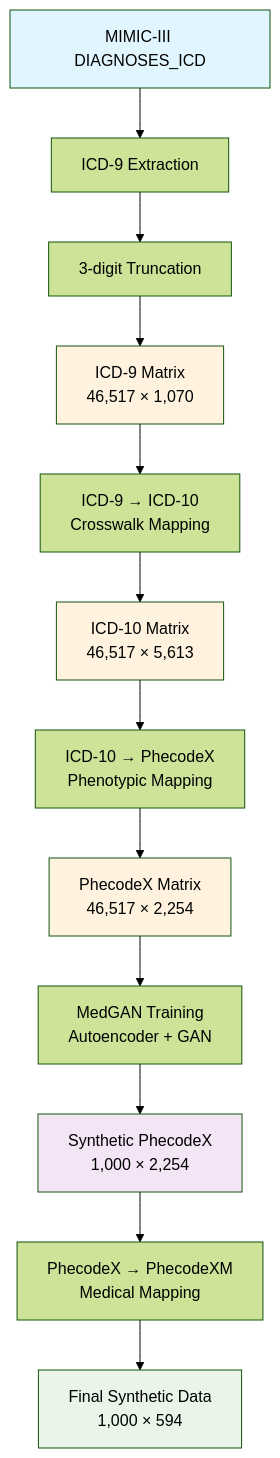
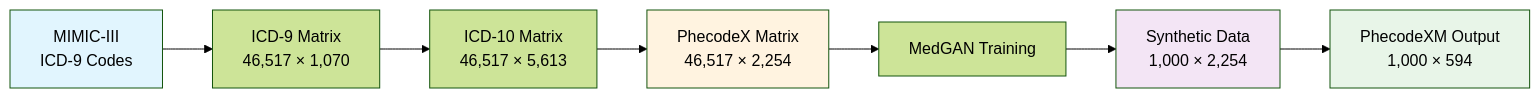
Before and after one commit to sunlabuiuc/PyHealth: the first of 2 diagrams in README_MedGAN.md, drawn with Mermaid (forest theme). The commit also changed other lines of this file, not shown here.

````diff
--- a/README_MedGAN.md
+++ b/README_MedGAN.md
@@ -51,25 +44,14 @@
 ```mermaid
-flowchart TD
-    A[MIMIC-III DIAGNOSES_ICD] --> B[ICD-9 Extraction]
-    B --> C[3-digit Truncation]
-    C --> D[ICD-9 Matrix<br/>46,517 × 1,070]
-    
-    D --> E[ICD-9 → ICD-10<br/>Crosswalk Mapping]
-    E --> F[ICD-10 Matrix<br/>46,517 × 5,613]
-    
-    F --> G[ICD-10 → PhecodeX<br/>Phenotypic Mapping]
-    G --> H[PhecodeX Matrix<br/>46,517 × 2,254]
-    
-    H --> I[MedGAN Training<br/>Autoencoder + GAN]
-    I --> J[Synthetic PhecodeX<br/>1,000 × 2,254]
-    
-    J --> K[PhecodeX → PhecodeXM<br/>Medical Mapping]
-    K --> L[Final Synthetic Data<br/>1,000 × 594]
+flowchart LR
+    A[MIMIC-III<br/>ICD-9 Codes] --> B[ICD-9 Matrix<br/>46,517 × 1,070]
+    B --> C[ICD-10 Matrix<br/>46,517 × 5,613]
+    C --> D[PhecodeX Matrix<br/>46,517 × 2,254]
+    D --> E[MedGAN Training]
+    E --> F[Synthetic Data<br/>1,000 × 2,254]
+    F --> G[PhecodeXM Output<br/>1,000 × 594]
     
     style A fill:#e1f5fe
     style D fill:#fff3e0
-    style F fill:#fff3e0
-    style H fill:#fff3e0
-    style J fill:#f3e5f5
-    style L fill:#e8f5e8
+    style F fill:#f3e5f5
+    style G fill:#e8f5e8
 ```
````
